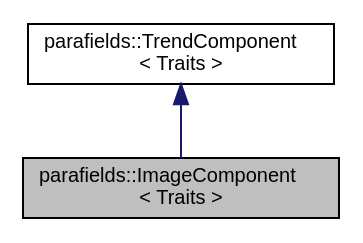
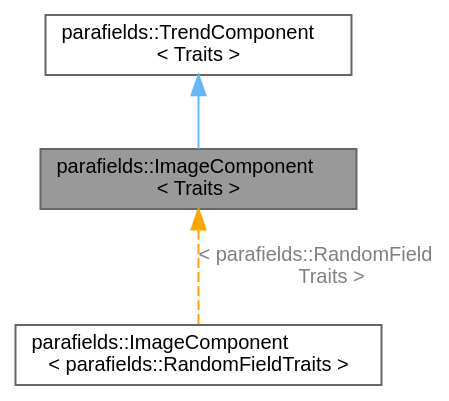
The diagram in a00976.dot (parafields/parafields-core), drawn with Graphviz before and after one commit. The commit also changed 509 other files, not shown here.

```diff
--- a/a00976.dot
+++ b/a00976.dot
@@ -1,9 +1,12 @@
 digraph "parafields::ImageComponent&lt; Traits &gt;"
 {
  // LATEX_PDF_SIZE
-  edge [fontname="Helvetica",fontsize="10",labelfontname="Helvetica",labelfontsize="10"];
-  node [fontname="Helvetica",fontsize="10",shape=record];
-  Node1 [label="parafields::ImageComponent\l\< Traits \>",height=0.2,width=0.4,color="black", fillcolor="grey75", style="filled", fontcolor="black",tooltip="Component of random field based on pixel image."];
-  Node2 -> Node1 [dir="back",color="midnightblue",fontsize="10",style="solid",fontname="Helvetica"];
-  Node2 [label="parafields::TrendComponent\l\< Traits \>",height=0.2,width=0.4,color="black", fillcolor="white", style="filled",URL="$a00973.html",tooltip="Component of random field representing deterministic structure."];
+  bgcolor="transparent";
+  edge [fontname=Helvetica,fontsize=10,labelfontname=Helvetica,labelfontsize=10];
+  node [fontname=Helvetica,fontsize=10,shape=box,height=0.2,width=0.4];
+  Node1 [id="Node000001",label="parafields::ImageComponent\l\< Traits \>",height=0.2,width=0.4,color="gray40", fillcolor="grey60", style="filled", fontcolor="black",tooltip="Component of random field based on pixel image."];
+  Node2 -> Node1 [id="edge1_Node000001_Node000002",dir="back",color="steelblue1",style="solid",tooltip=" "];
+  Node2 [id="Node000002",label="parafields::TrendComponent\l\< Traits \>",height=0.2,width=0.4,color="gray40", fillcolor="white", style="filled",URL="$a00973.html",tooltip="Component of random field representing deterministic structure."];
+  Node1 -> Node3 [id="edge2_Node000001_Node000003",dir="back",color="orange",style="dashed",tooltip=" ",label=" \< parafields::RandomField\lTraits \>",fontcolor="grey" ];
+  Node3 [id="Node000003",label="parafields::ImageComponent\l\< parafields::RandomFieldTraits \>",height=0.2,width=0.4,color="gray40", fillcolor="white", style="filled",URL="$a00977.html",tooltip=" "];
 }
```
